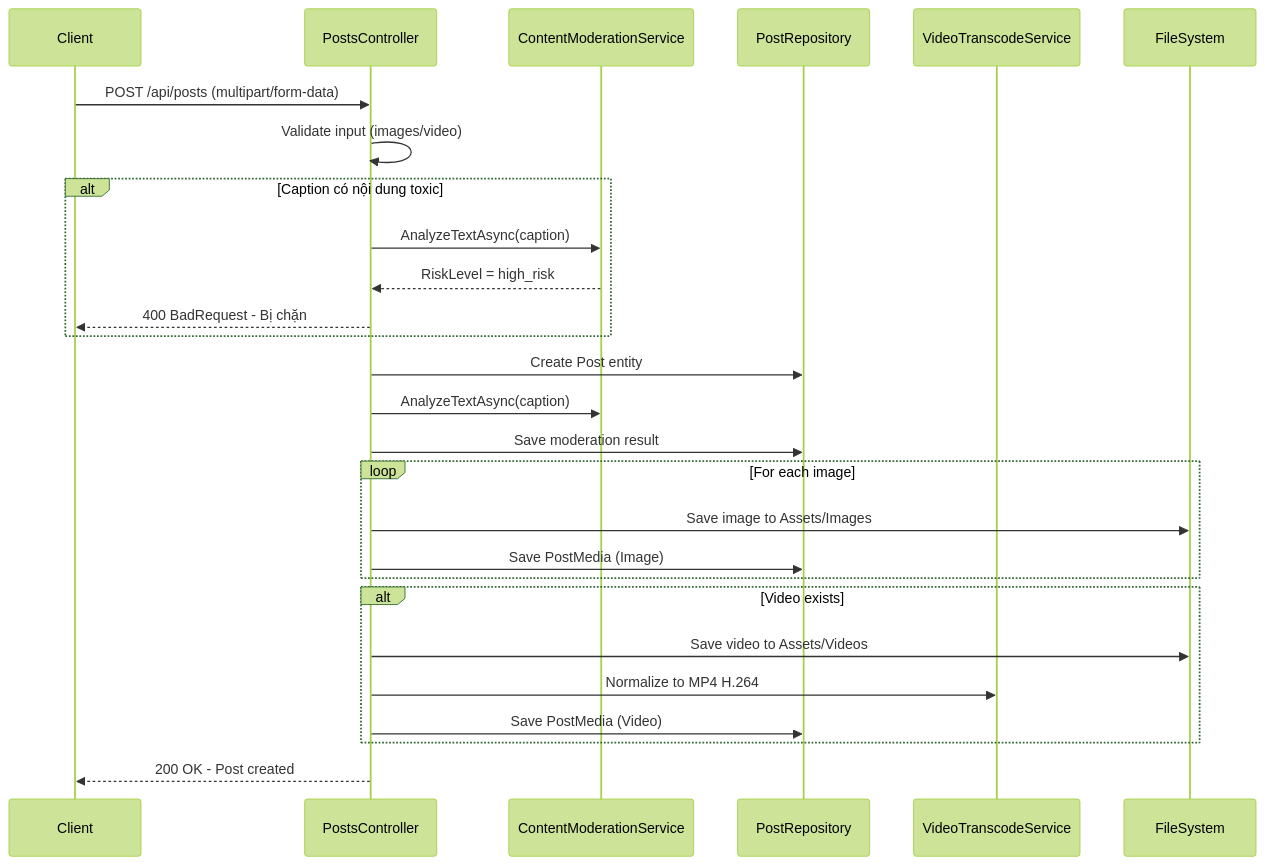
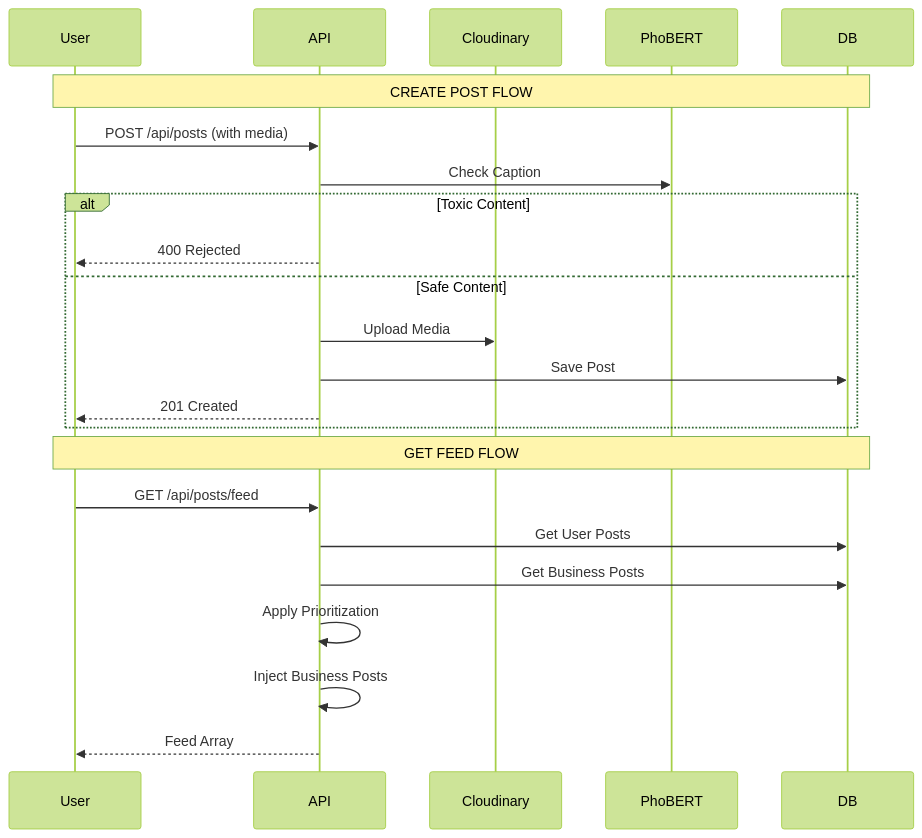
Before and after one commit to TranHoang2k40525/UngDungMangXaHoi: the first of 4 diagrams in docs/POSTS_MODULE.md, drawn with Mermaid (forest theme). The commit also changed 3 other files, not shown here.

````diff
--- a/docs/POSTS_MODULE.md
+++ b/docs/POSTS_MODULE.md
@@ -62,35 +56,27 @@
 ```mermaid
 sequenceDiagram
-    participant Client
-    participant PostsController
-    participant ContentModerationService
-    participant PostRepository
-    participant VideoTranscodeService
-    participant FileSystem
+    participant User
+    participant API
+    participant Cloudinary
+    participant PhoBERT
+    participant DB
 
-    Client->>PostsController: POST /api/posts (multipart/form-data)
-    PostsController->>PostsController: Validate input (images/video)
-    
-    alt Caption có nội dung toxic
-        PostsController->>ContentModerationService: AnalyzeTextAsync(caption)
-        ContentModerationService-->>PostsController: RiskLevel = high_risk
-        PostsController-->>Client: 400 BadRequest - Bị chặn
+    Note over User,DB: CREATE POST FLOW
+    User->>API: POST /api/posts (with media)
+    API->>PhoBERT: Check Caption
+    alt Toxic Content
+        API-->>User: 400 Rejected
+    else Safe Content
+        API->>Cloudinary: Upload Media
+        API->>DB: Save Post
+        API-->>User: 201 Created
     end
-    
-    PostsController->>PostRepository: Create Post entity
-    PostsController->>ContentModerationService: AnalyzeTextAsync(caption)
-    PostsController->>PostRepository: Save moderation result
-    
-    loop For each image
-        PostsController->>FileSystem: Save image to Assets/Images
-        PostsController->>PostRepository: Save PostMedia (Image)
-    end
-    
-    alt Video exists
-        PostsController->>FileSystem: Save video to Assets/Videos
-        PostsController->>VideoTranscodeService: Normalize to MP4 H.264
-        PostsController->>PostRepository: Save PostMedia (Video)
-    end
-    
-    PostsController-->>Client: 200 OK - Post created
+
+    Note over User,DB: GET FEED FLOW
+    User->>API: GET /api/posts/feed
+    API->>DB: Get User Posts
+    API->>DB: Get Business Posts
+    API->>API: Apply Prioritization
+    API->>API: Inject Business Posts
+    API-->>User: Feed Array
 ```
````
